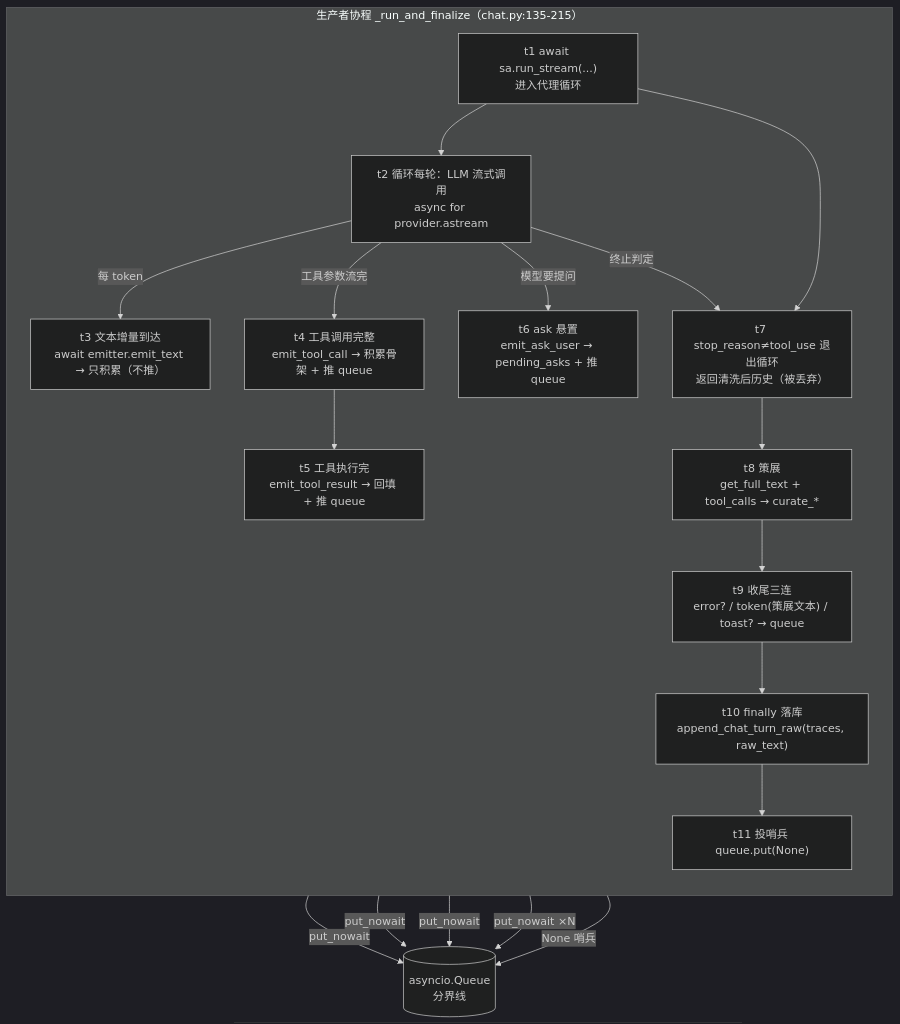
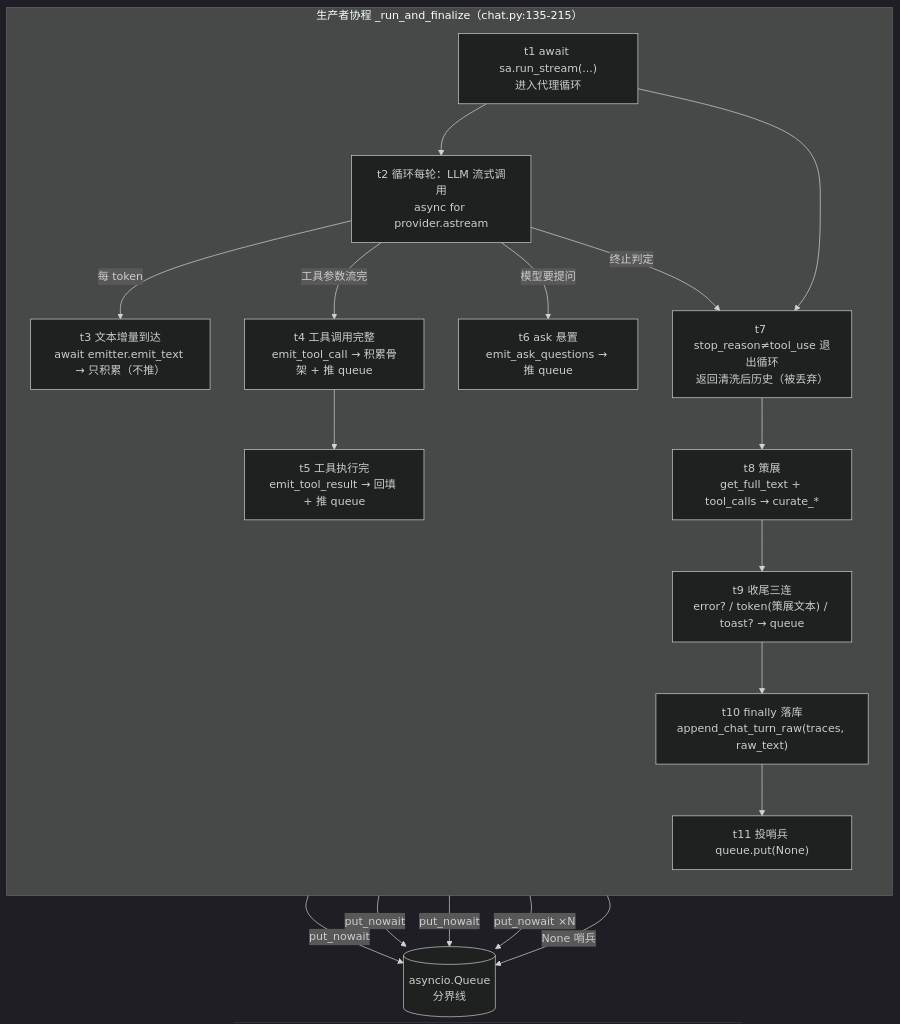
The third of 5 diagrams in doclens/web_v2/docs/ARCHITECTURE-event-flow.md (zhlhaohao/doclens), drawn with Mermaid (dark theme) before and after one commit. The commit also changed other lines of this file and 38 other files, not shown here.

````diff
--- a/doclens/web_v2/docs/ARCHITECTURE-event-flow.md
+++ b/doclens/web_v2/docs/ARCHITECTURE-event-flow.md
@@ -132,30 +135,30 @@
 ```mermaid
 flowchart TB
     subgraph P["生产者协程 _run_and_finalize（chat.py:135-215）"]
         direction TB
         P1["t1 await sa.run_stream(...)<br/>进入代理循环"]
         P2["t2 循环每轮：LLM 流式调用<br/>async for provider.astream"]
         P3["t3 文本增量到达<br/>await emitter.emit_text → 只积累（不推）"]
         P4["t4 工具调用完整<br/>emit_tool_call → 积累骨架 + 推 queue"]
         P5["t5 工具执行完<br/>emit_tool_result → 回填 + 推 queue"]
-        P6["t6 ask 悬置<br/>emit_ask_user → pending_asks + 推 queue"]
+        P6["t6 ask 悬置<br/>emit_ask_questions → 推 queue"]
         P7["t7 stop_reason≠tool_use 退出循环<br/>返回清洗后历史（被丢弃）"]
         P8["t8 策展<br/>get_full_text + tool_calls → curate_*"]
         P9["t9 收尾三连<br/>error? / token(策展文本) / toast? → queue"]
         P10["t10 finally 落库<br/>append_chat_turn_raw(traces, raw_text)"]
         P11["t11 投哨兵 queue.put(None)"]
         P1 --> P2
         P2 -->|"每 token"| P3
         P2 -->|"工具参数流完"| P4 --> P5
         P2 -->|"模型要提问"| P6
         P2 -->|"终止判定"| P7
         P1 --> P7
         P7 --> P8 --> P9 --> P10 --> P11
     end
     Q[("asyncio.Queue<br/>分界线")]
     P4 -->|"put_nowait"| Q
     P5 -->|"put_nowait"| Q
     P6 -->|"put_nowait"| Q
     P9 -->|"put_nowait ×N"| Q
     P11 -->|"None 哨兵"| Q
 ```
````
